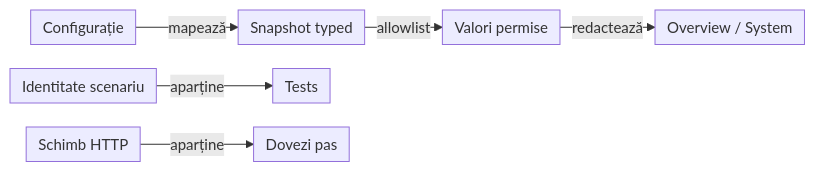
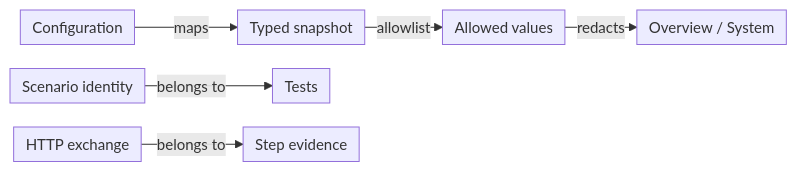
Before and after one commit to crististefanita/atf_j0: the first of 11 diagrams in docs/ATF_Reporting_Contract.md, drawn with Mermaid. The commit also changed other lines of this file and 113 other files, not shown here.

````diff
--- a/docs/ATF_Reporting_Contract.md
+++ b/docs/ATF_Reporting_Contract.md
@@ -29,9 +26,9 @@
 ```mermaid
 %%{init: {"themeVariables":{"fontSize":"15px"},"themeCSS":".nodeLabel, .nodeLabel p { font-size: 15px !important; line-height: 1.35 !important; } .edgeLabel, .edgeLabel p { font-size: 12px !important; font-weight: 400 !important; line-height: 1.2 !important; } .edgeLabel .labelBkg, .edgeLabel p { background: transparent !important; } .edgeLabel foreignObject { transform: translateY(-18px); overflow: visible; } .node rect { rx: 6px; ry: 6px; }","flowchart":{"curve":"linear","nodeSpacing":24,"rankSpacing":24,"padding":6,"diagramPadding":20}}}%%
 flowchart LR
-    Config["Configurație"] -->|mapează| Snapshot["Snapshot typed"]
-    Snapshot -->|allowlist| Safe["Valori permise"]
-    Safe -->|redactează| System["Overview / System"]
-    Identity["Identitate scenariu"] -->|aparține| Tests[Tests]
-    Exchange["Schimb HTTP"] -->|aparține| Evidence["Dovezi pas"]
+    Config["Configuration"] -->|maps| Snapshot["Typed snapshot"]
+    Snapshot -->|allowlist| Safe["Allowed values"]
+    Safe -->|redacts| System["Overview / System"]
+    Identity["Scenario identity"] -->|belongs to| Tests[Tests]
+    Exchange["HTTP exchange"] -->|belongs to| Evidence["Step evidence"]
 ```
````
